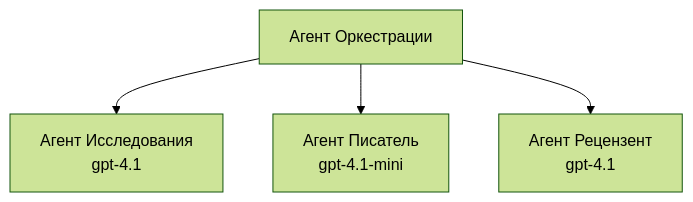
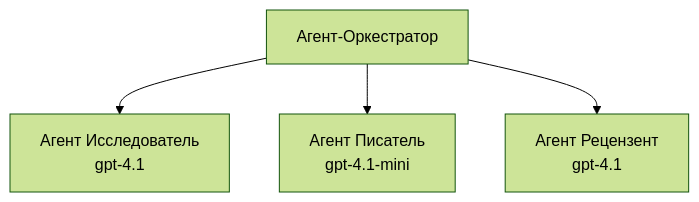
The third of 3 diagrams in translations/ru/docs/chapter-02-ai-development/agents.md (microsoft/AZD-for-beginners), drawn with Mermaid (forest theme) before and after one commit. The commit also changed other lines of this file and 59 other files, not shown here.

````diff
--- a/translations/ru/docs/chapter-02-ai-development/agents.md
+++ b/translations/ru/docs/chapter-02-ai-development/agents.md
@@ -201,6 +201,6 @@
 ```mermaid
 graph TD
-    Orchestrator[Агент Оркестрации] --> Research[Агент Исследования<br/>gpt-4.1]
+    Orchestrator[Агент-Оркестратор] --> Research[Агент Исследователь<br/>gpt-4.1]
     Orchestrator --> Writer[Агент Писатель<br/>gpt-4.1-mini]
     Orchestrator --> Reviewer[Агент Рецензент<br/>gpt-4.1]
 ```
````
